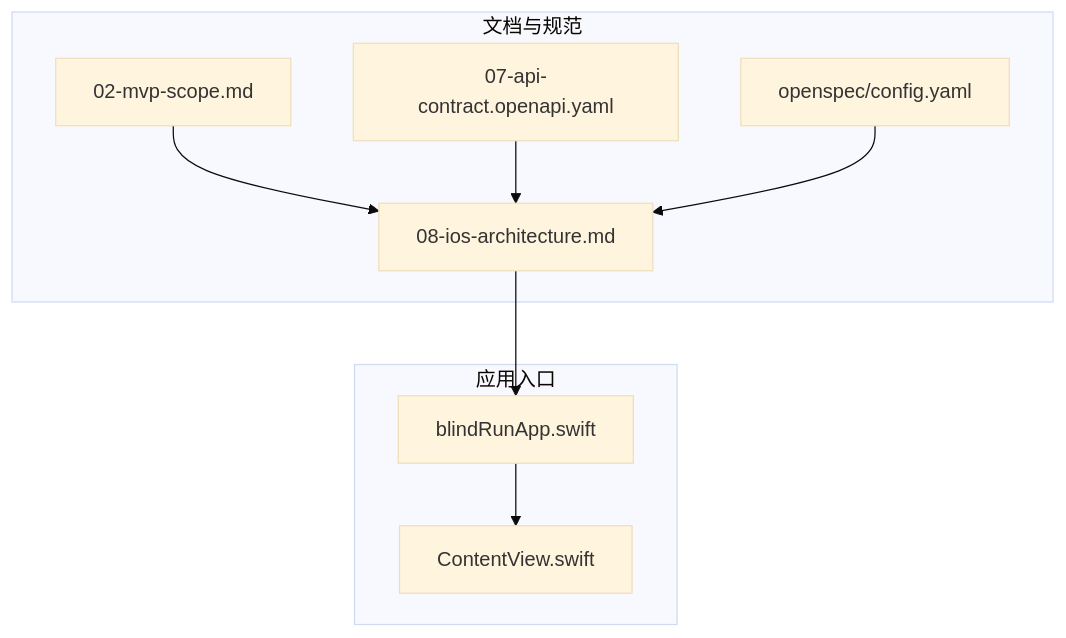
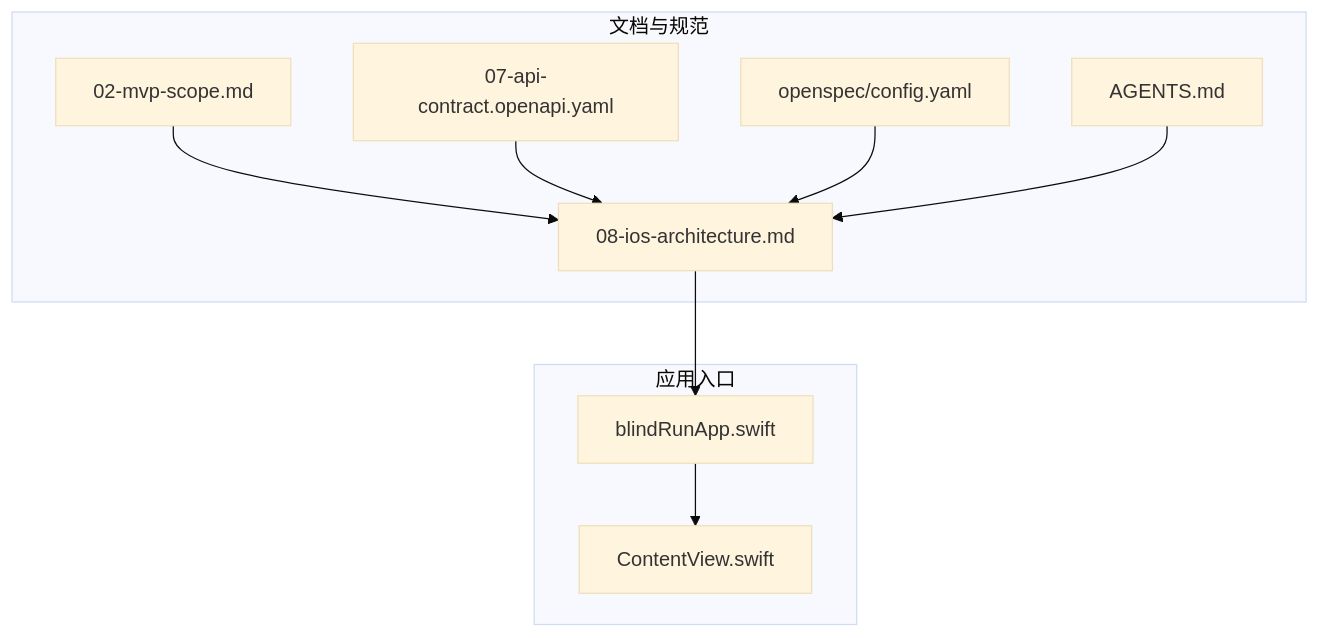
Before and after one commit to Jayden23018/blind-run-ios: the first of 5 diagrams in .qoder/repowiki/zh/content/架构设计/API 环境配置.md, drawn with Mermaid (base theme). The commit also changed other lines of this file and 10 other files, not shown here.

````diff
--- a/.qoder/repowiki/zh/content/架构设计/API 环境配置.md
+++ b/.qoder/repowiki/zh/content/架构设计/API 环境配置.md
@@ -31,18 +41,20 @@
 ```mermaid
 graph TB
 subgraph "应用入口"
 A["blindRunApp.swift"]
 B["ContentView.swift"]
 end
 subgraph "文档与规范"
 D["08-ios-architecture.md"]
 E["02-mvp-scope.md"]
 F["07-api-contract.openapi.yaml"]
 G["openspec/config.yaml"]
+H["AGENTS.md"]
 end
 A --> B
 D --> A
 E --> D
 F --> D
 G --> D
+H --> D
 ```
````
